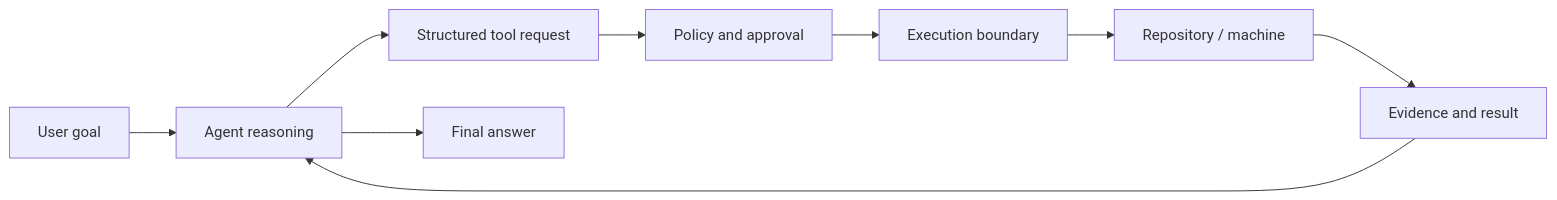
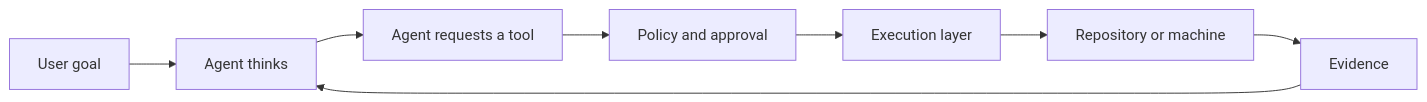
The first of 4 diagrams in frontend/content/projects/masih-awam-ai-code.md (farismnrr/portofolio), drawn with Mermaid before and after one commit. The commit also changed other lines of this file and 6 other files, not shown here.

````diff
--- a/frontend/content/projects/masih-awam-ai-code.md
+++ b/frontend/content/projects/masih-awam-ai-code.md
@@ -59,11 +50,10 @@
 ```mermaid
 flowchart LR
-    U[User goal] --> A[Agent reasoning]
-    A --> T[Structured tool request]
+    U[User goal] --> A[Agent thinks]
+    A --> T[Agent requests a tool]
     T --> P[Policy and approval]
-    P --> E[Execution boundary]
-    E --> W[Repository / machine]
-    W --> R[Evidence and result]
-    R --> A
-    A --> O[Final answer]
+    P --> E[Execution layer]
+    E --> R[Repository or machine]
+    R --> V[Evidence]
+    V --> A
 ```
````
